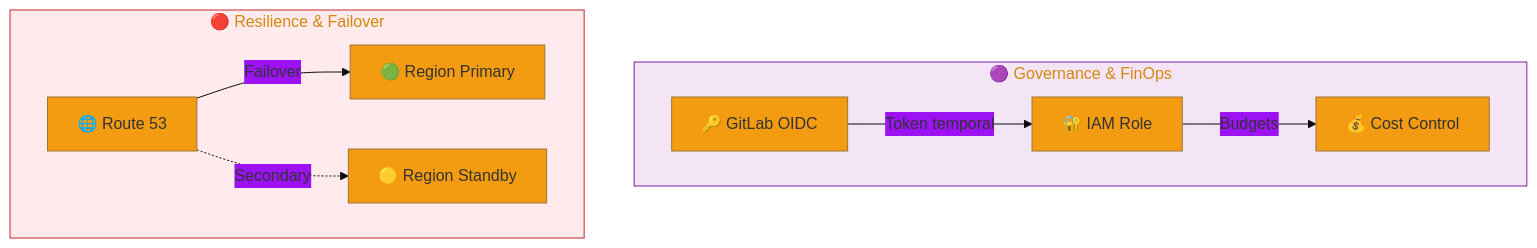
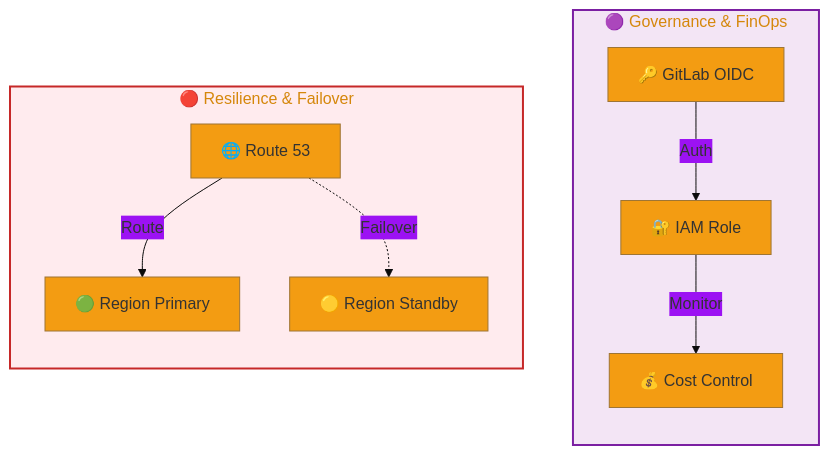
One commit to vladimiracunadev-create/proyectos-aws changed the fourth of 4 diagrams in docs/ARCHITECTURE.md. Above: the diagram before and after it, drawn with Mermaid. The commit also changed other lines of this file and 1 other file, not shown here.

Commit message:
docs: optimize diagram readability with vertical orientation and larger fonts

````diff
--- a/docs/ARCHITECTURE.md
+++ b/docs/ARCHITECTURE.md
@@ -99,16 +105,18 @@
 ```mermaid
-%%{init: {'theme': 'base', 'themeVariables': { 'primaryColor': '#F39C12', 'edgeColor': '#E74C3C' }}}%%
+%%{init: {'theme': 'base', 'themeVariables': { 'primaryColor': '#F39C12', 'edgeColor': '#E74C3C', 'fontsize': '16px' }}}%%
 graph TB
     subgraph Tier4_L["🟣 Governance & FinOps"]
-        L1[🔑 GitLab OIDC] -->|Token temporal| L2[🔐 IAM Role]
-        L2 -->|Budgets| L3[💰 Cost Control]
+        direction TB
+        L1[🔑 GitLab OIDC] -->|Auth| L2[🔐 IAM Role]
+        L2 -->|Monitor| L3[💰 Cost Control]
     end
 
     subgraph Tier4_M["🔴 Resilience & Failover"]
-        M1[🌐 Route 53] -->|Failover| M2[🟢 Region Primary]
-        M1 -.->|Secondary| M3[🟡 Region Standby]
+        direction TB
+        M1[🌐 Route 53] -->|Route| M2[🟢 Region Primary]
+        M1 -.->|Failover| M3[🟡 Region Standby]
     end
 
-    style Tier4_L fill:#f3e5f5,stroke:#7b1fa2
-    style Tier4_M fill:#ffebee,stroke:#c62828
+    style Tier4_L fill:#f3e5f5,stroke:#7b1fa2,stroke-width:2px
+    style Tier4_M fill:#ffebee,stroke:#c62828,stroke-width:2px
 ```
````
